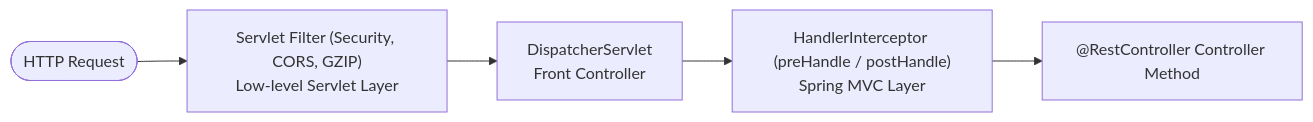
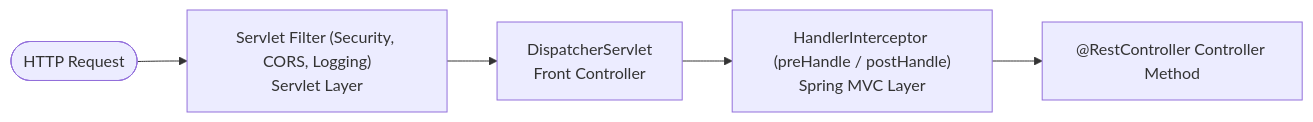
Diagram 13 of 21 in 06-Java-and-Spring-Boot/Spring Boot Interview Guide.md (rohithgowda18/Notes), drawn with Mermaid before and after one commit. The commit also changed other lines of this file, not shown here.

````diff
--- a/06-Java-and-Spring-Boot/Spring Boot Interview Guide.md
+++ b/06-Java-and-Spring-Boot/Spring Boot Interview Guide.md
@@ -954,7 +733,7 @@
 ```mermaid
 flowchart LR
-    Client(["HTTP Request"]) --> Filter["Servlet Filter (Security, CORS, GZIP)<br/>Low-level Servlet Layer"]
+    Client(["HTTP Request"]) --> Filter["Servlet Filter (Security, CORS, Logging)<br/>Servlet Layer"]
     Filter --> DS["DispatcherServlet<br/>Front Controller"]
     DS --> Interceptor["HandlerInterceptor (preHandle / postHandle)<br/>Spring MVC Layer"]
     Interceptor --> Controller["@RestController Controller Method"]
 ```
````
